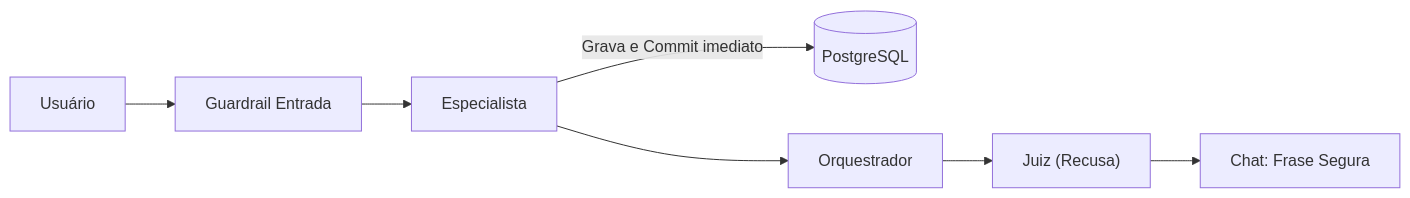
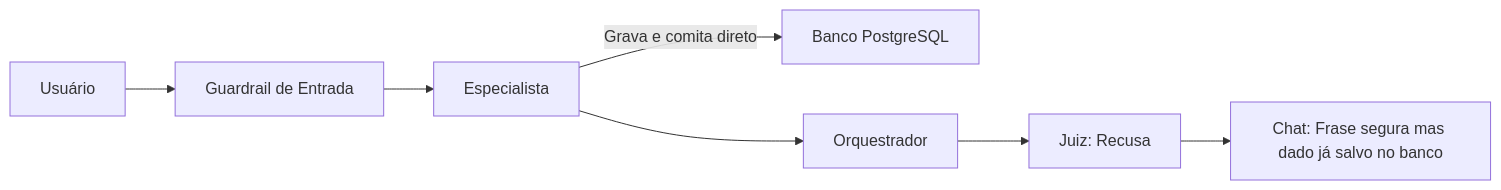
Before and after one commit to Lucas-Cayres-Porto/Acessor.AI: the first of 2 diagrams in decisao_tecnica.md, drawn with Mermaid. The commit also changed other lines of this file, not shown here.

Commit message:
docs: atualiza decisao_tecnica.md com linguagem direta, fluxos em mermaid e sem parenteses

````diff
--- a/decisao_tecnica.md
+++ b/decisao_tecnica.md
@@ -27,9 +25,9 @@
 ```mermaid
 flowchart LR
-    A["Usuário"] --> B["Guardrail Entrada"]
+    A["Usuário"] --> B["Guardrail de Entrada"]
     B --> C["Especialista"]
-    C -->|"Grava e Commit imediato"| D[("PostgreSQL")]
+    C -->|"Grava e comita direto"| D["Banco PostgreSQL"]
     C --> E["Orquestrador"]
-    E --> F["Juiz (Recusa)"]
-    F --> G["Chat: Frase Segura"]
+    E --> F["Juiz: Recusa"]
+    F --> G["Chat: Frase segura mas dado já salvo no banco"]
 ```
````
